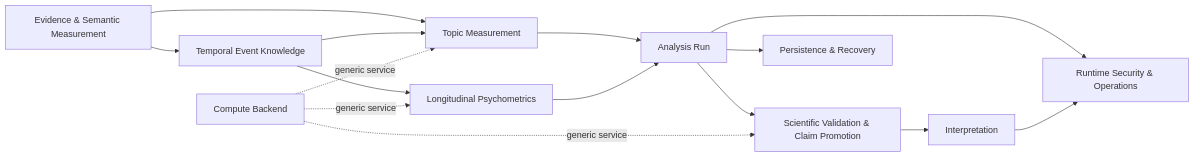
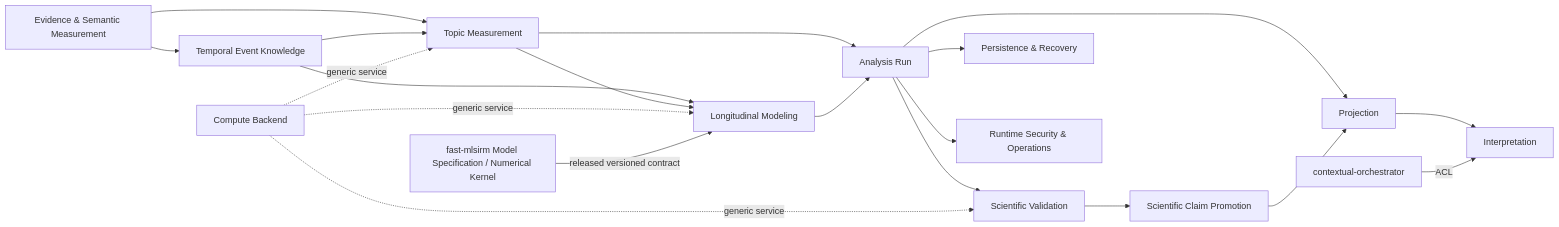
The diagram in docs/architecture/domain-context-map.md (ContextualWisdomLab/TEPP), drawn with Mermaid before and after one commit. The commit also changed other lines of this file, not shown here.

Commit message:
docs(ddd): align longitudinal owner context

````diff
--- a/docs/architecture/domain-context-map.md
+++ b/docs/architecture/domain-context-map.md
@@ -34,17 +37,22 @@
 ```mermaid
 flowchart LR
     ES[Evidence & Semantic Measurement] --> TE[Temporal Event Knowledge]
     ES --> TM[Topic Measurement]
     TE --> TM
-    TE --> LP[Longitudinal Psychometrics]
+    TE --> LM[Longitudinal Modeling]
+    TM --> LM
     TM --> AR[Analysis Run]
-    LP --> AR
-    AR --> SV[Scientific Validation & Claim Promotion]
-    SV --> IN[Interpretation]
+    LM --> AR
+    AR --> VE[Scientific Validation]
+    VE --> CP[Scientific Claim Promotion]
+    AR --> PJ[Projection]
+    CP --> PJ
+    PJ --> IN[Interpretation]
     AR --> PR[Persistence & Recovery]
     AR --> RO[Runtime Security & Operations]
-    IN --> RO
     CB[Compute Backend] -. generic service .-> TM
-    CB -. generic service .-> LP
-    CB -. generic service .-> SV
+    CB -. generic service .-> LM
+    CB -. generic service .-> VE
+    FM[fast-mlsirm Model Specification / Numerical Kernel] -- released versioned contract --> LM
+    CO[contextual-orchestrator] -- ACL --> IN
 ```
````
